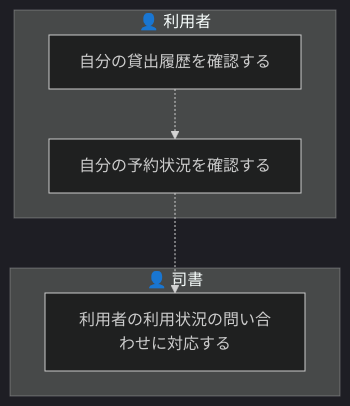
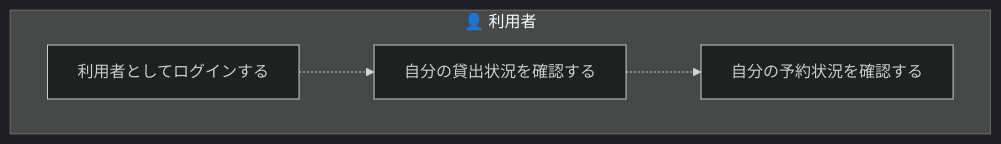
The tenth of 11 diagrams in samples/distillery2/library-loan/docs/requirements/rdra/views/03_業務フロー.md (suwa-sh/suwa-sh-claude-plugins), drawn with Mermaid (dark theme) before and after one commit. The commit also changed other lines of this file and 249 other files, not shown here.

````diff
--- a/samples/distillery2/library-loan/docs/requirements/rdra/views/03_業務フロー.md
+++ b/samples/distillery2/library-loan/docs/requirements/rdra/views/03_業務フロー.md
@@ -210,12 +170,10 @@
 ```mermaid
 graph TD
   subgraph LN1["👤 利用者"]
-    AT1["自分の貸出履歴を確認する"]
-    AT2["自分の予約状況を確認する"]
-  end
-  subgraph LN2["👤 司書"]
-    AT3["利用者の利用状況の問い合わせに対応する"]
+    AT1["利用者としてログインする"]
+    AT2["自分の貸出状況を確認する"]
+    AT3["自分の予約状況を確認する"]
   end
   AT1 -.-> AT2
   AT2 -.-> AT3
 ```
````
